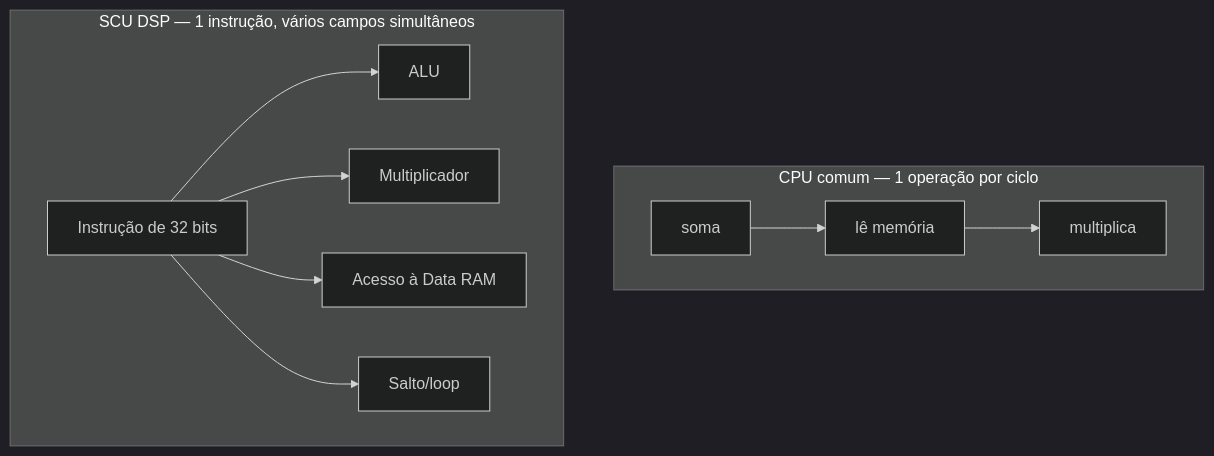
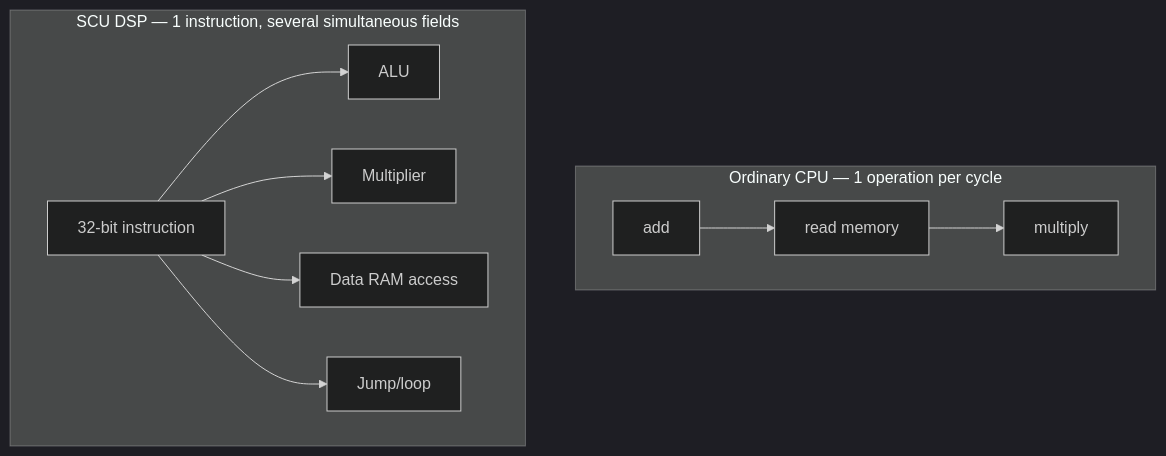
The ninth of 16 diagrams in docs/first_architectural_draft.md (jhonatanTeixeira/mimas-saturn-emulator), drawn with Mermaid (dark theme) before and after one commit. The commit also changed other lines of this file and 2 other files, not shown here.

First line of the commit message:
Translate architecture planning docs to English

````diff
--- a/docs/first_architectural_draft.md
+++ b/docs/first_architectural_draft.md
@@ -140,12 +140,12 @@
 ```mermaid
 graph TD
-    subgraph CPUComum["CPU comum — 1 operação por ciclo"]
-    A1["soma"] --> A2["lê memória"] --> A3["multiplica"]
+    subgraph RegularCPU["Ordinary CPU — 1 operation per cycle"]
+    A1["add"] --> A2["read memory"] --> A3["multiply"]
     end
-    subgraph VLIW["SCU DSP — 1 instrução, vários campos simultâneos"]
-    I["Instrução de 32 bits"] --> ALU
-    I --> MUL["Multiplicador"]
-    I --> MEM["Acesso à Data RAM"]
-    I --> JMP["Salto/loop"]
+    subgraph VLIW["SCU DSP — 1 instruction, several simultaneous fields"]
+    I["32-bit instruction"] --> ALU
+    I --> MUL["Multiplier"]
+    I --> MEM["Data RAM access"]
+    I --> JMP["Jump/loop"]
     end
 ```
````
